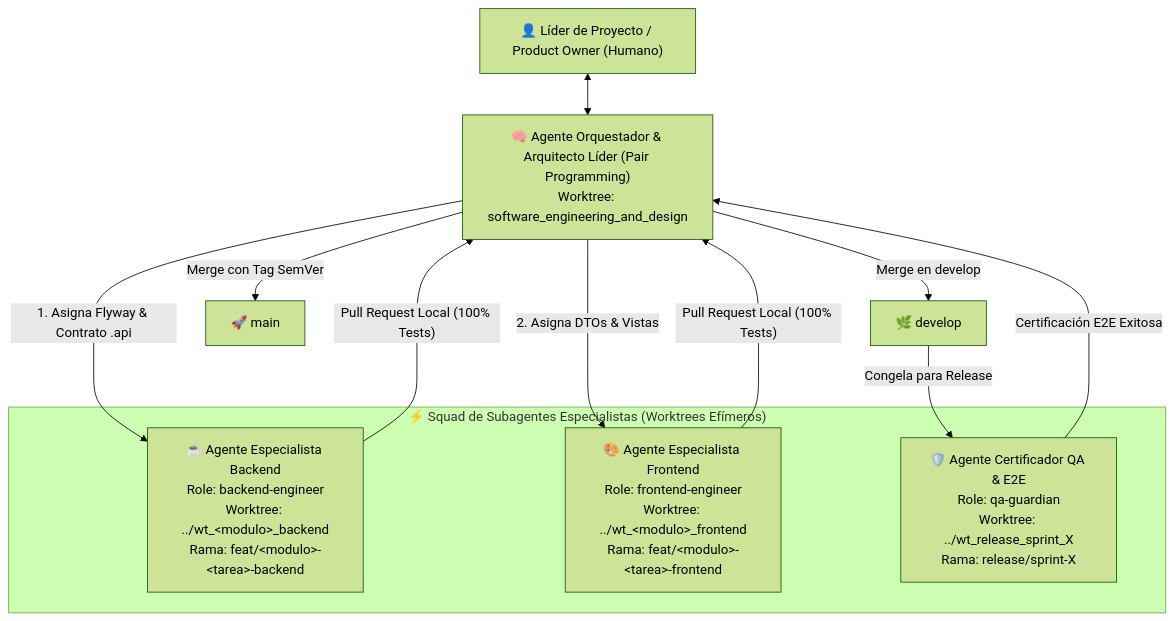
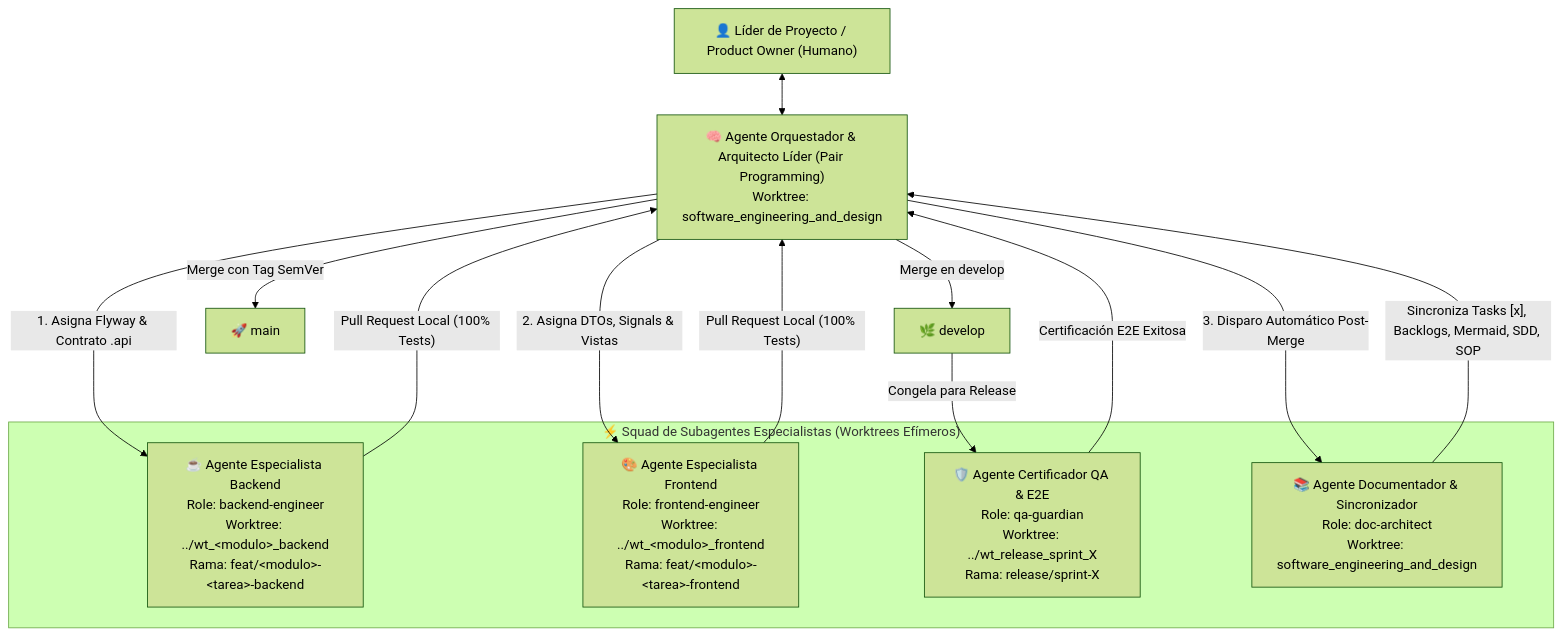
Before and after one commit to vakajose/gestion-restaurante: the first of 2 diagrams in .agents/rules/multi-agent-squad-protocol.md, drawn with Mermaid (forest theme). The commit also changed other lines of this file and 10 other files, not shown here.

Commit message:
docs(testing): agregar bateria e2e sprint 3 y formalizar protocolo de gobernanza doc-architect

````diff
--- a/.agents/rules/multi-agent-squad-protocol.md
+++ b/.agents/rules/multi-agent-squad-protocol.md
@@ -11,21 +11,24 @@
 ```mermaid
 flowchart TD
     User["👤 Líder de Proyecto / Product Owner (Humano)"]
     Master["🧠 Agente Orquestador & Arquitecto Líder (Pair Programming)<br/>Worktree: software_engineering_and_design"]
 
     subgraph Squad["⚡ Squad de Subagentes Especialistas (Worktrees Efímeros)"]
         BackendAgent["☕ Agente Especialista Backend<br/>Role: backend-engineer<br/>Worktree: ../wt_&lt;modulo&gt;_backend<br/>Rama: feat/&lt;modulo&gt;-&lt;tarea&gt;-backend"]
         FrontendAgent["🎨 Agente Especialista Frontend<br/>Role: frontend-engineer<br/>Worktree: ../wt_&lt;modulo&gt;_frontend<br/>Rama: feat/&lt;modulo&gt;-&lt;tarea&gt;-frontend"]
         QAAgent["🛡️ Agente Certificador QA & E2E<br/>Role: qa-guardian<br/>Worktree: ../wt_release_sprint_X<br/>Rama: release/sprint-X"]
+        DocAgent["📚 Agente Documentador & Sincronizador<br/>Role: doc-architect<br/>Worktree: software_engineering_and_design"]
     end
 
     User <--> Master
     Master -->|"1. Asigna Flyway & Contrato .api"| BackendAgent
-    Master -->|"2. Asigna DTOs & Vistas"| FrontendAgent
+    Master -->|"2. Asigna DTOs, Signals & Vistas"| FrontendAgent
     BackendAgent -->|"Pull Request Local (100% Tests)"| Master
     FrontendAgent -->|"Pull Request Local (100% Tests)"| Master
     Master -->|"Merge en develop"| DevelopBranch["🌿 develop"]
+    Master -->|"3. Disparo Automático Post-Merge"| DocAgent
+    DocAgent -->|"Sincroniza Tasks [x], Backlogs, Mermaid, SDD, SOP"| Master
     DevelopBranch -->|"Congela para Release"| QAAgent
     QAAgent -->|"Certificación E2E Exitosa"| Master
     Master -->|"Merge con Tag SemVer"| MainBranch["🚀 main"]
 ```
````
